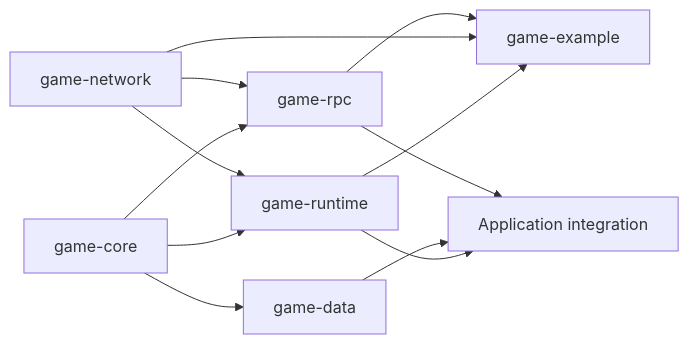
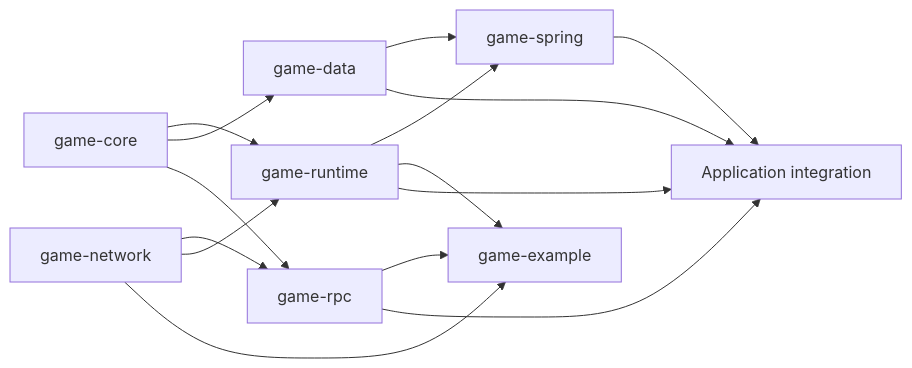
Before and after one commit to huaye2007/mana: the diagram in docs/ogbs/README.md, drawn with Mermaid. The commit also changed other lines of this file and 69 other files, not shown here.

````diff
--- a/docs/ogbs/README.md
+++ b/docs/ogbs/README.md
@@ -90,14 +91,17 @@
 ```mermaid
 flowchart LR
     C[game-core] --> RT[game-runtime]
     C --> D[game-data]
     C --> R[game-rpc]
     N[game-network] --> R
     N --> RT
+    RT --> S[game-spring]
+    D --> S
+    S --> A
     RT --> E
     N --> E[game-example]
     R --> E
     RT --> A[Application integration]
     D --> A
     R --> A
 ```
````
